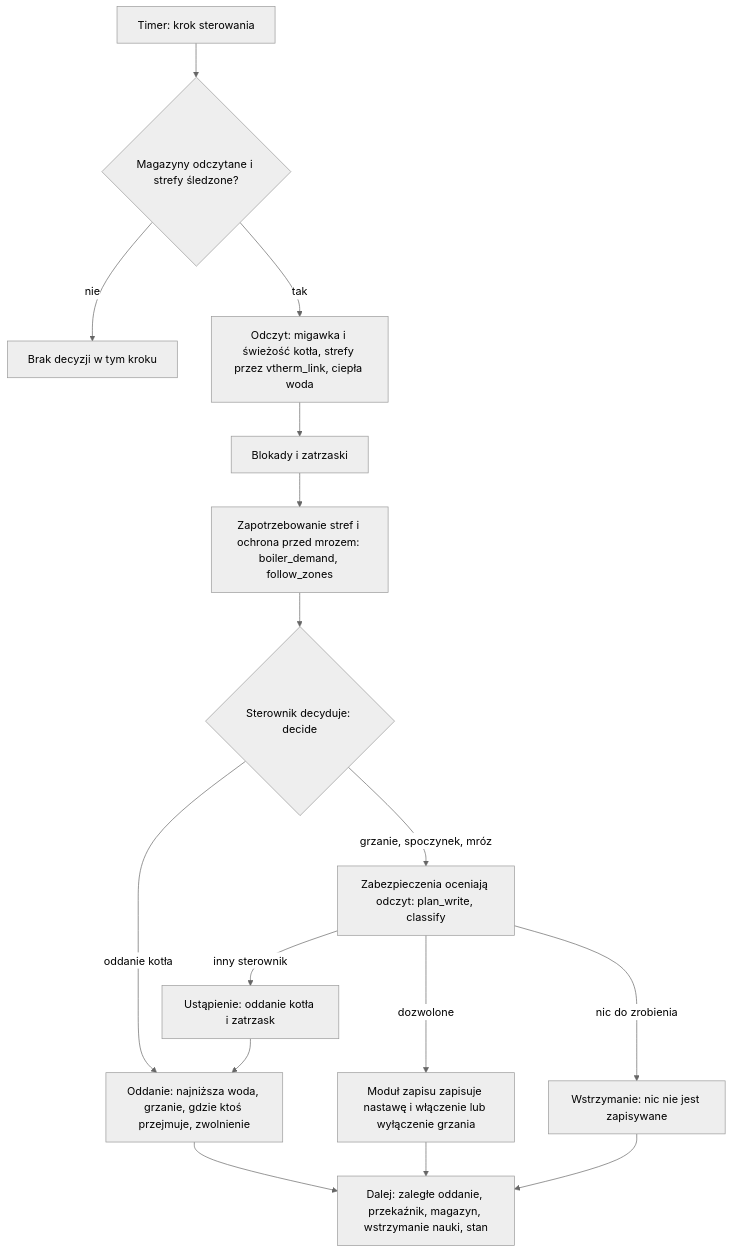
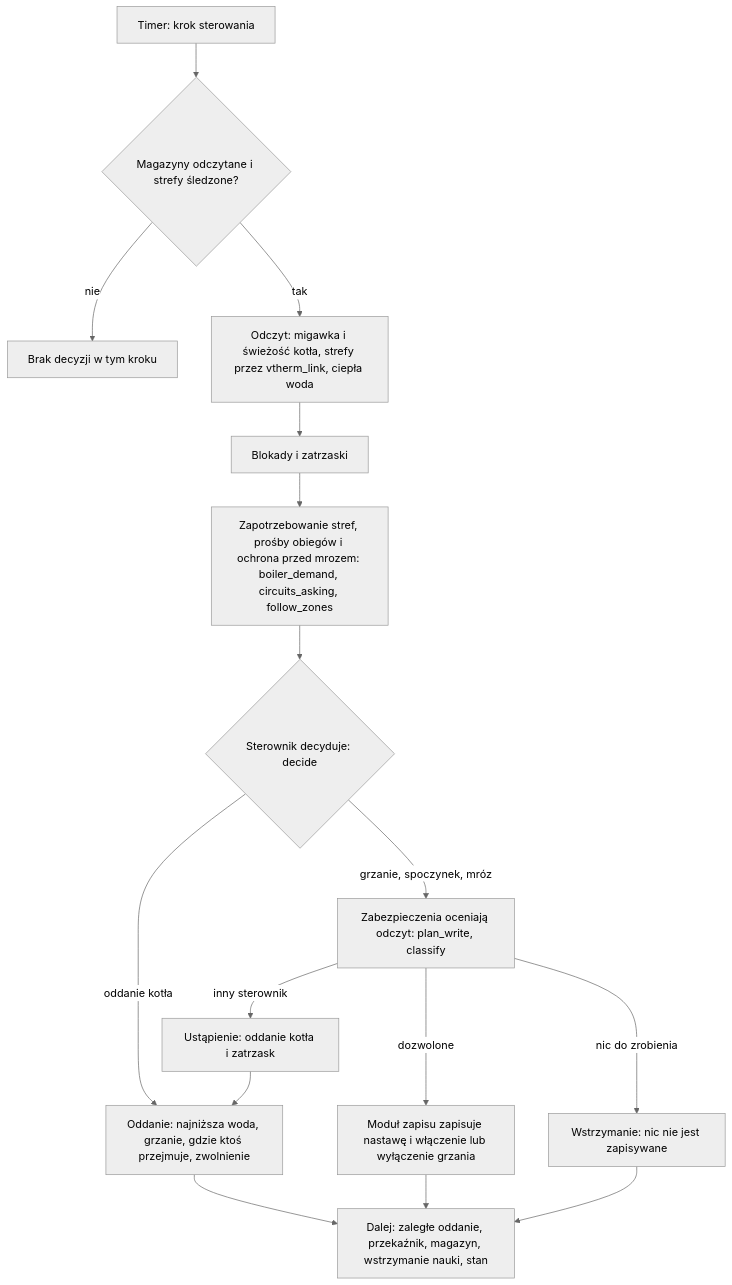
One commit to Shadow-230/vtherm-smart-boiler changed the diagram in documentation/pl/technical.md. Above: the diagram before and after it, drawn with Mermaid (neutral theme). The commit also changed other lines of this file and 24 other files, not shown here.

````diff
--- a/documentation/pl/technical.md
+++ b/documentation/pl/technical.md
@@ -144,18 +150,18 @@
 ```mermaid
 flowchart TD
     A["Timer: krok sterowania"] --> B{"Magazyny odczytane i strefy śledzone?"}
     B -->|"nie"| Z["Brak decyzji w tym kroku"]
     B -->|"tak"| C["Odczyt: migawka i świeżość kotła, strefy przez vtherm_link, ciepła woda"]
     C --> D["Blokady i zatrzaski"]
-    D --> E["Zapotrzebowanie stref i ochrona przed mrozem: boiler_demand, follow_zones"]
+    D --> E["Zapotrzebowanie stref, prośby obiegów i ochrona przed mrozem: boiler_demand, circuits_asking, follow_zones"]
     E --> F{"Sterownik decyduje: decide"}
     F -->|"oddanie kotła"| H["Oddanie: najniższa woda, grzanie, gdzie ktoś przejmuje, zwolnienie"]
     F -->|"grzanie, spoczynek, mróz"| G["Zabezpieczenia oceniają odczyt: plan_write, classify"]
     G -->|"inny sterownik"| S["Ustąpienie: oddanie kotła i zatrzask"]
     S --> H
     G -->|"dozwolone"| W["Moduł zapisu zapisuje nastawę i włączenie lub wyłączenie grzania"]
     G -->|"nic do zrobienia"| K["Wstrzymanie: nic nie jest zapisywane"]
     W --> F2["Dalej: zaległe oddanie, przekaźnik, magazyn, wstrzymanie nauki, stan"]
     K --> F2
     H --> F2
 ```
````
